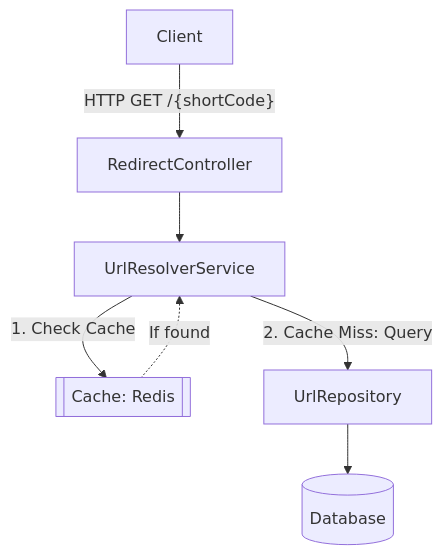
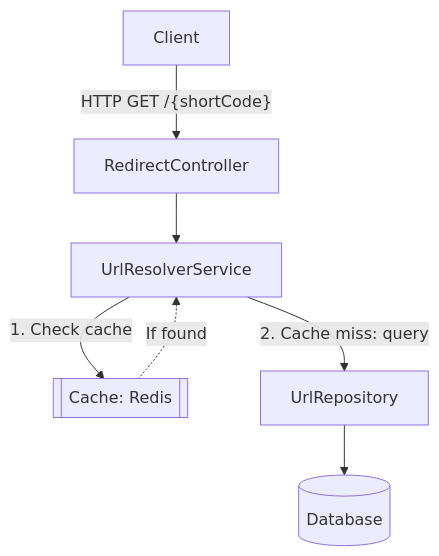
One commit to TohidHeshmati/tiny-url-service changed the third of 3 diagrams in README.md. Above: the diagram before and after it, drawn with Mermaid. The commit also changed other lines of this file, not shown here.

````diff
--- a/README.md
+++ b/README.md
@@ -179,9 +163,9 @@
 ```mermaid
 graph TD
     ClientR[Client] -- " HTTP GET /{shortCode} " --> RedirCtrl[RedirectController]
     RedirCtrl --> Resolv[UrlResolverService]
-    Resolv -- " 1. Check Cache " --> Cache[[Cache: Redis]]
-    Resolv -- " 2. Cache Miss: Query " --> RepoR[UrlRepository]
+    Resolv -- " 1. Check cache " --> Cache[[Cache: Redis]]
+    Resolv -- " 2. Cache miss: query " --> RepoR[UrlRepository]
     RepoR --> DBR[(Database)]
     Cache -.->|If found| Resolv
 ```
````
